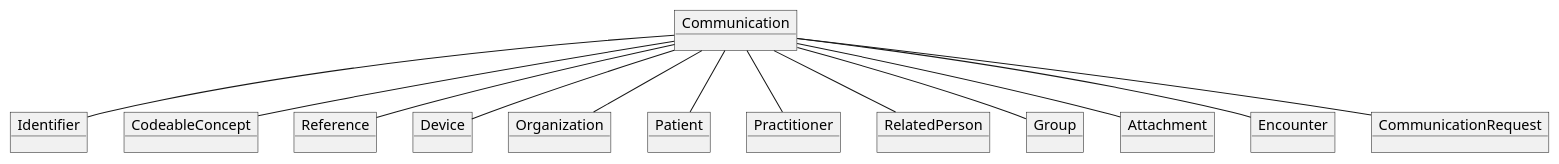
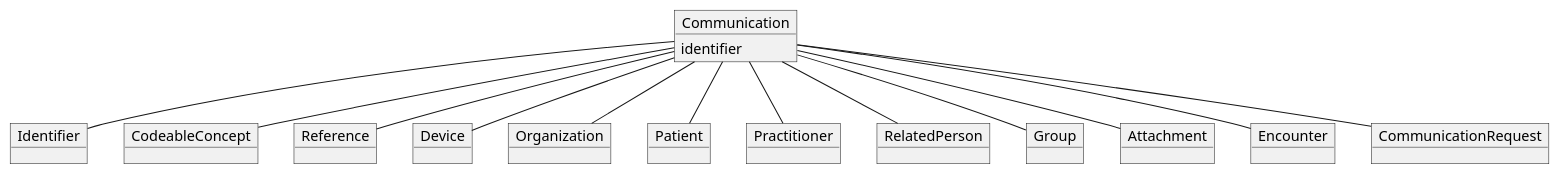
Before and after one commit to omahoito/rfc: the diagram in PLANTUML_Diagrams/Communication.plantuml, drawn with PlantUML.

```diff
--- a/PLANTUML_Diagrams/Communication.plantuml
+++ b/PLANTUML_Diagrams/Communication.plantuml
@@ -1,29 +1,31 @@
 @startuml
 object Communication
+
+Communication : identifier
 
 object Identifier
 object CodeableConcept
 object Reference
 object Device
 object Organization
 object Patient
 object Practitioner
 object RelatedPerson
 object Group
 object Attachment
 object Encounter
 object CommunicationRequest
 
 Communication -- Identifier
 Communication -- CodeableConcept
 Communication -- Reference
 Communication -- Device
 Communication -- Organization
 Communication -- Patient
 Communication -- Practitioner
 Communication -- RelatedPerson
 Communication -- Group
 Communication -- Attachment
 Communication -- Encounter
 Communication -- CommunicationRequest
 @enduml
```
